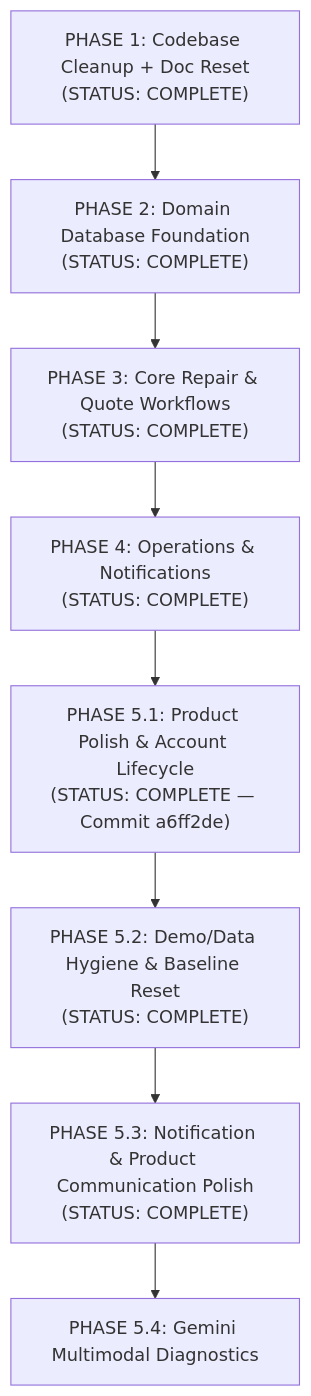
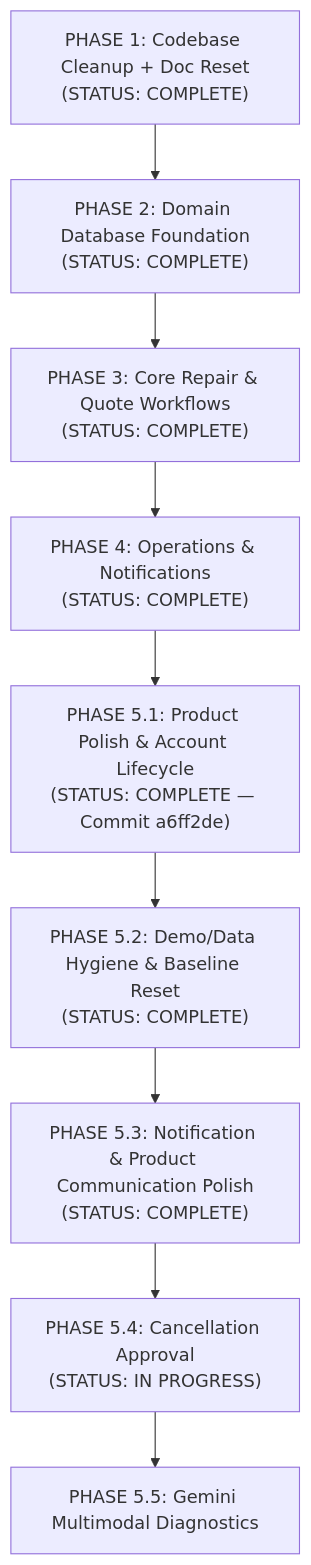
The diagram in IMPLEMENTATION_PLAN.md (ankitchamke/TerraByte), drawn with Mermaid before and after one commit. The commit also changed other lines of this file and 9 other files, not shown here.

Commit message:
feat: complete phase 5.4 cancellation foundation

````diff
--- a/IMPLEMENTATION_PLAN.md
+++ b/IMPLEMENTATION_PLAN.md
@@ -15,10 +15,11 @@
 ```mermaid
 flowchart TD
     P1["PHASE 1: Codebase Cleanup + Doc Reset<br/>(STATUS: COMPLETE)"] --> P2["PHASE 2: Domain Database Foundation<br/>(STATUS: COMPLETE)"]
     P2 --> P3["PHASE 3: Core Repair & Quote Workflows<br/>(STATUS: COMPLETE)"]
     P3 --> P4["PHASE 4: Operations & Notifications<br/>(STATUS: COMPLETE)"]
     P4 --> P51["PHASE 5.1: Product Polish & Account Lifecycle<br/>(STATUS: COMPLETE — Commit a6ff2de)"]
     P51 --> P52["PHASE 5.2: Demo/Data Hygiene & Baseline Reset<br/>(STATUS: COMPLETE)"]
     P52 --> P53["PHASE 5.3: Notification & Product Communication Polish<br/>(STATUS: COMPLETE)"]
-    P53 --> P54["PHASE 5.4: Gemini Multimodal Diagnostics"]
+    P53 --> P54["PHASE 5.4: Cancellation Approval<br/>(STATUS: IN PROGRESS)"]
+    P54 --> P55["PHASE 5.5: Gemini Multimodal Diagnostics"]
 ```
````
